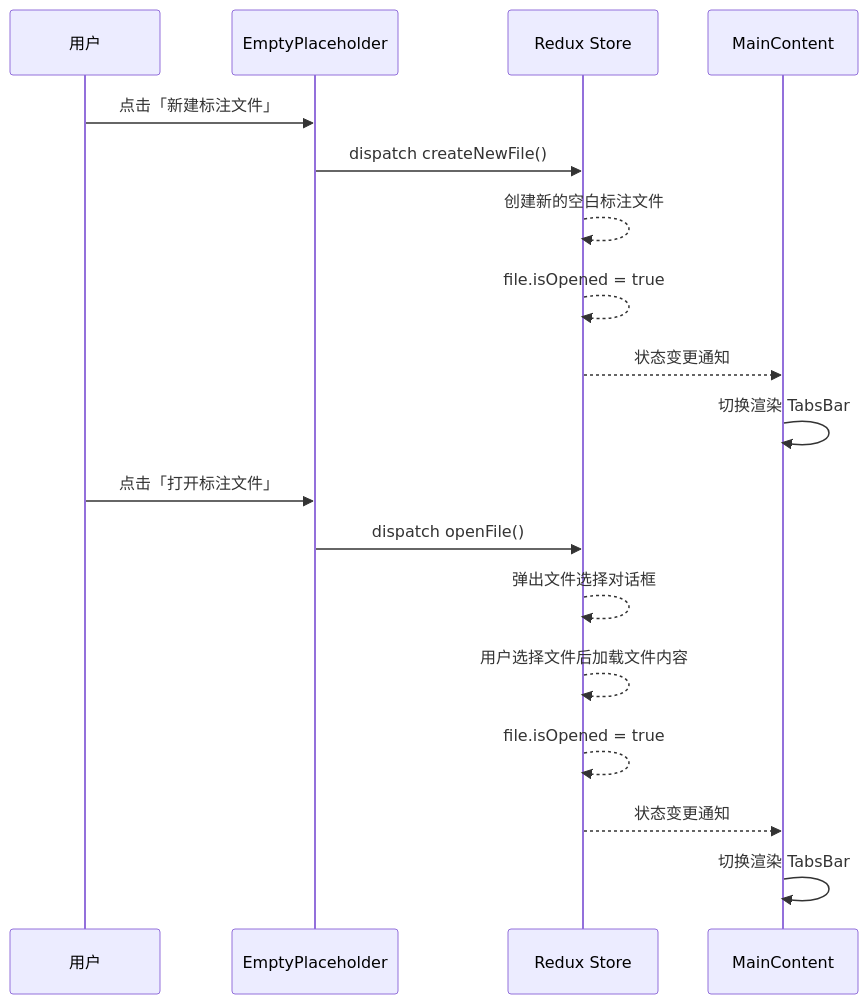
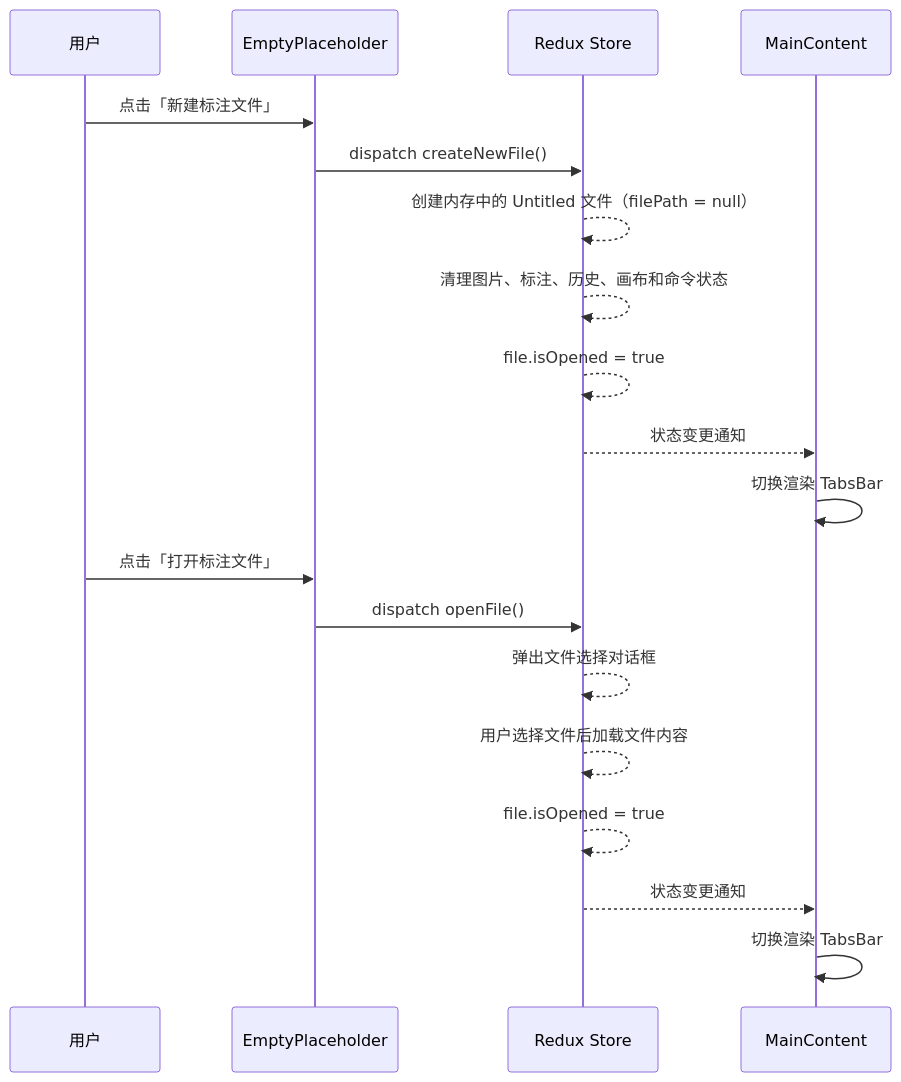
One commit to kampfer/trae-image-marker changed the ninth of 11 diagrams in doc/技术设计/03-表现层设计.md. Above: the diagram before and after it, drawn with Mermaid. The commit also changed other lines of this file and 9 other files, not shown here.

````diff
--- a/doc/技术设计/03-表现层设计.md
+++ b/doc/技术设计/03-表现层设计.md
@@ -519,22 +519,23 @@
 ```mermaid
 sequenceDiagram
     participant User as 用户
     participant Placeholder as EmptyPlaceholder
     participant Redux as Redux Store
     participant MainContent as MainContent
 
     User->>Placeholder: 点击「新建标注文件」
     Placeholder->>Redux: dispatch createNewFile()
-    Redux-->>Redux: 创建新的空白标注文件
+    Redux-->>Redux: 创建内存中的 Untitled 文件（filePath = null）
+    Redux-->>Redux: 清理图片、标注、历史、画布和命令状态
     Redux-->>Redux: file.isOpened = true
     Redux-->>MainContent: 状态变更通知
     MainContent->>MainContent: 切换渲染 TabsBar
 
     User->>Placeholder: 点击「打开标注文件」
     Placeholder->>Redux: dispatch openFile()
     Redux-->>Redux: 弹出文件选择对话框
     Redux-->>Redux: 用户选择文件后加载文件内容
     Redux-->>Redux: file.isOpened = true
     Redux-->>MainContent: 状态变更通知
     MainContent->>MainContent: 切换渲染 TabsBar
 ```
````
